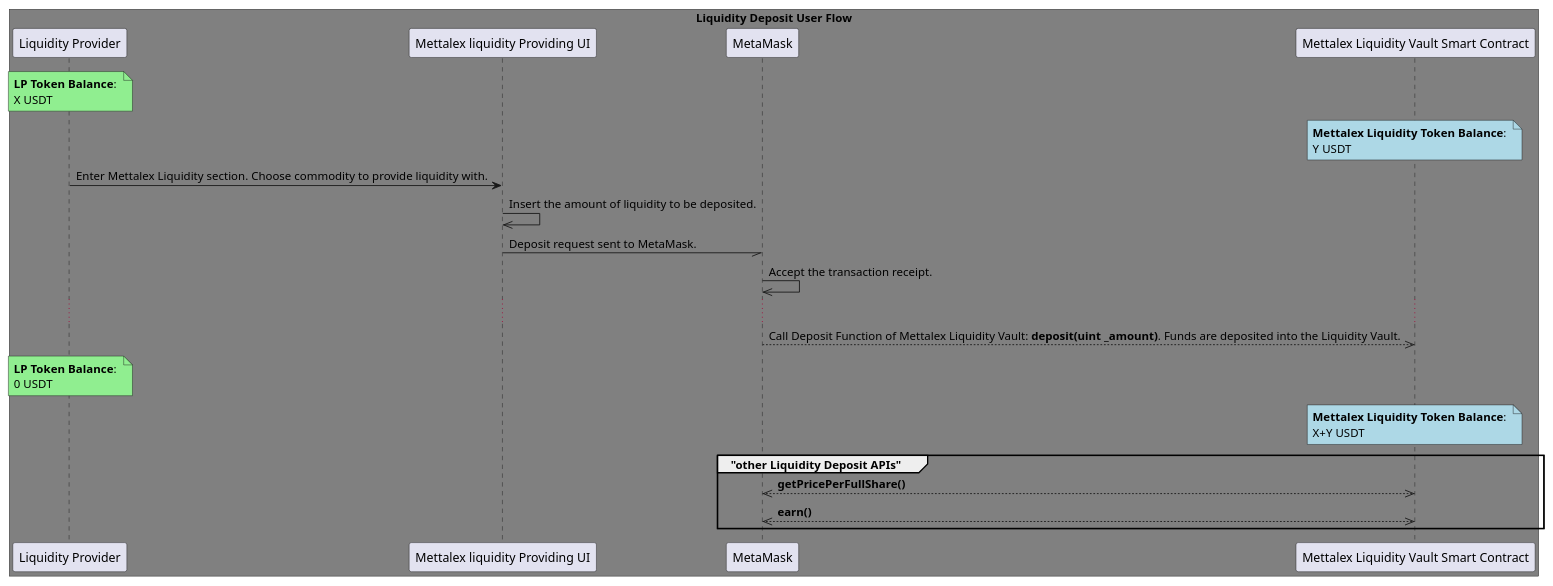
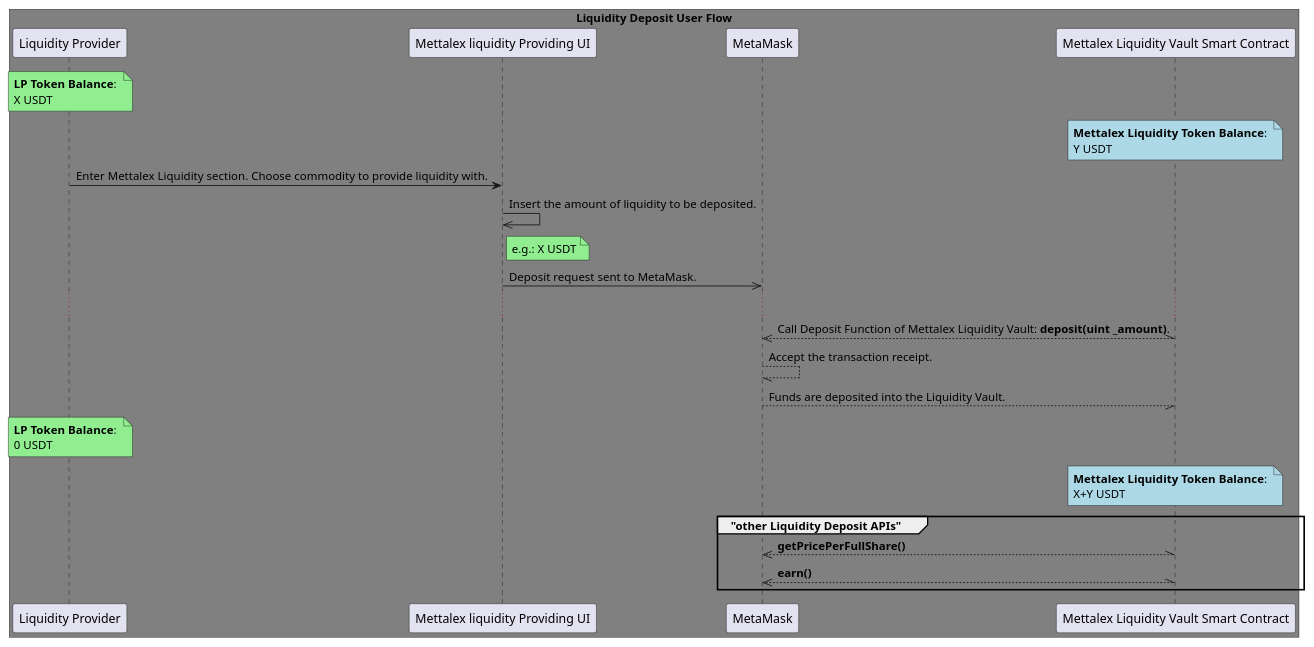
Before and after one commit to fetchai/mettalex-documentation: the diagram in PlantUML and png diagrams/Deposit APIs.puml, drawn with PlantUML. The commit also changed 4 other files, not shown here.

Commit message:
PlantUML Diagrams

```diff
--- a/PlantUML and png diagrams/Deposit APIs.puml
+++ b/PlantUML and png diagrams/Deposit APIs.puml
@@ -1,30 +1,32 @@
 @startuml
 
 box "Liquidity Deposit User Flow" #grey
 participant "Liquidity Provider" as LP
 participant "Mettalex liquidity Providing UI" as LPUI
 participant "MetaMask" as MM
 participant "Mettalex Liquidity Vault Smart Contract" as LVSM
 
 end box
 
 note over LP #lightgreen: **LP Token Balance**: \nX USDT
 note over LVSM #lightblue: **Mettalex Liquidity Token Balance**: \nY USDT
 
 LP -> LPUI: Enter Mettalex Liquidity section. Choose commodity to provide liquidity with.
 LPUI ->> LPUI: Insert the amount of liquidity to be deposited.
-LPUI -// MM: Deposit request sent to MetaMask.
-MM ->> MM: Accept the transaction receipt.
+
+note right of LPUI #lightgreen: e.g.: X USDT
+LPUI ->> MM: Deposit request sent to MetaMask.
 ...
-MM -->> LVSM: Call Deposit Function of Mettalex Liquidity Vault: **deposit(uint _amount)**. Funds are deposited into the Liquidity Vault.
-
+MM //--\\ LVSM: Call Deposit Function of Mettalex Liquidity Vault: **deposit(uint _amount)**.
+MM --// MM: Accept the transaction receipt.
+MM --// LVSM:  Funds are deposited into the Liquidity Vault.
 note over LP #lightgreen: **LP Token Balance**: \n0 USDT
 note over LVSM #lightblue: **Mettalex Liquidity Token Balance**: \nX+Y USDT
 
 group "other Liquidity Deposit APIs"
-MM <<-->> LVSM: **getPricePerFullShare()**
-MM <<-->> LVSM: **earn()**
+MM //--\\ LVSM: **getPricePerFullShare()**
+MM //--\\ LVSM: **earn()**
 
 end group
 
 @enduml
```
